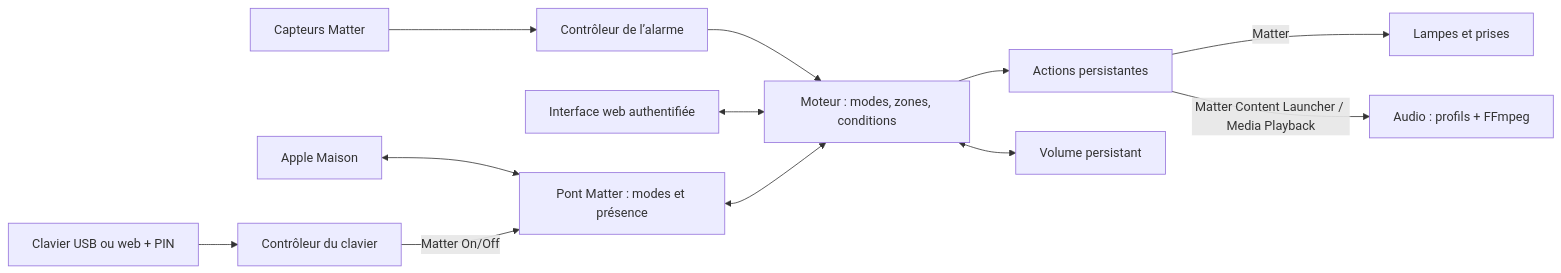
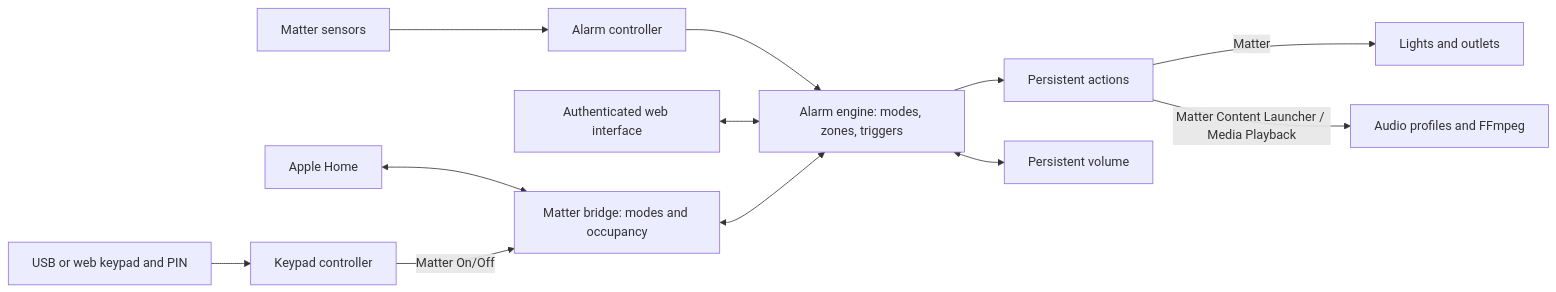
One commit to macjl/matterbridge-alarm changed the diagram in ARCHITECTURE.md. Above: the diagram before and after it, drawn with Mermaid. The commit also changed other lines of this file and 19 other files, not shown here.

Commit message:
feat: configure alarm scenarios and Matter mode controls

````diff
--- a/ARCHITECTURE.md
+++ b/ARCHITECTURE.md
@@ -5,14 +5,14 @@
 ```mermaid
 flowchart LR
-  S[Capteurs Matter] --> C[Contrôleur de l’alarme]
-  C --> A[Moteur : modes, zones, conditions]
-  W[Interface web authentifiée] <--> A
-  H[Apple Maison] <--> B[Pont Matter : modes et présence]
+  S[Matter sensors] --> C[Alarm controller]
+  C --> A[Alarm engine: modes, zones, triggers]
+  W[Authenticated web interface] <--> A
+  H[Apple Home] <--> B[Matter bridge: modes and occupancy]
   B <--> A
-  K[Clavier USB ou web + PIN] --> KC[Contrôleur du clavier]
+  K[USB or web keypad and PIN] --> KC[Keypad controller]
   KC -->|Matter On/Off| B
-  A --> Q[Actions persistantes]
-  Q -->|Matter| L[Lampes et prises]
-  Q -->|Matter Content Launcher / Media Playback| P[Audio : profils + FFmpeg]
-  A <--> D[Volume persistant]
+  A --> Q[Persistent actions]
+  Q -->|Matter| L[Lights and outlets]
+  Q -->|Matter Content Launcher / Media Playback| P[Audio profiles and FFmpeg]
+  A <--> D[Persistent volume]
 ```
````
